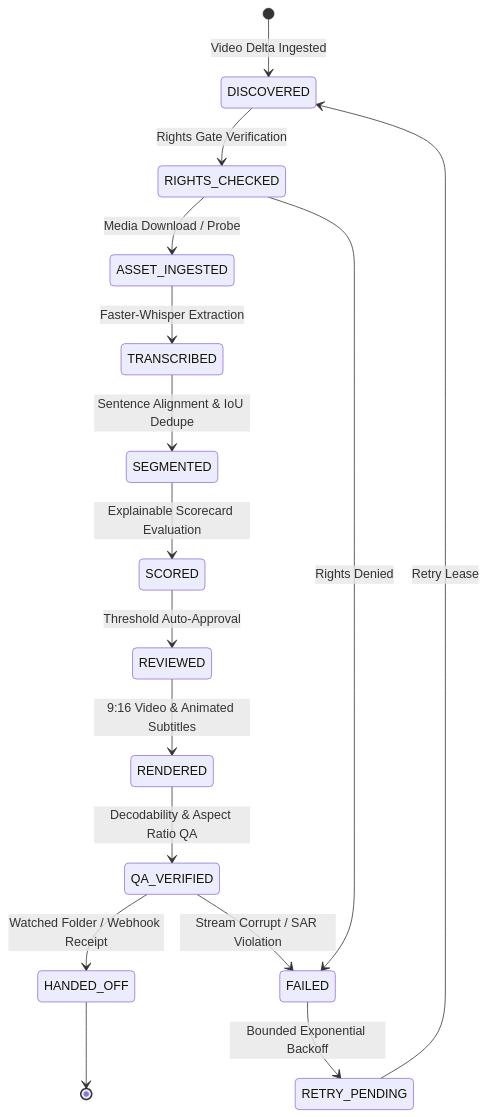
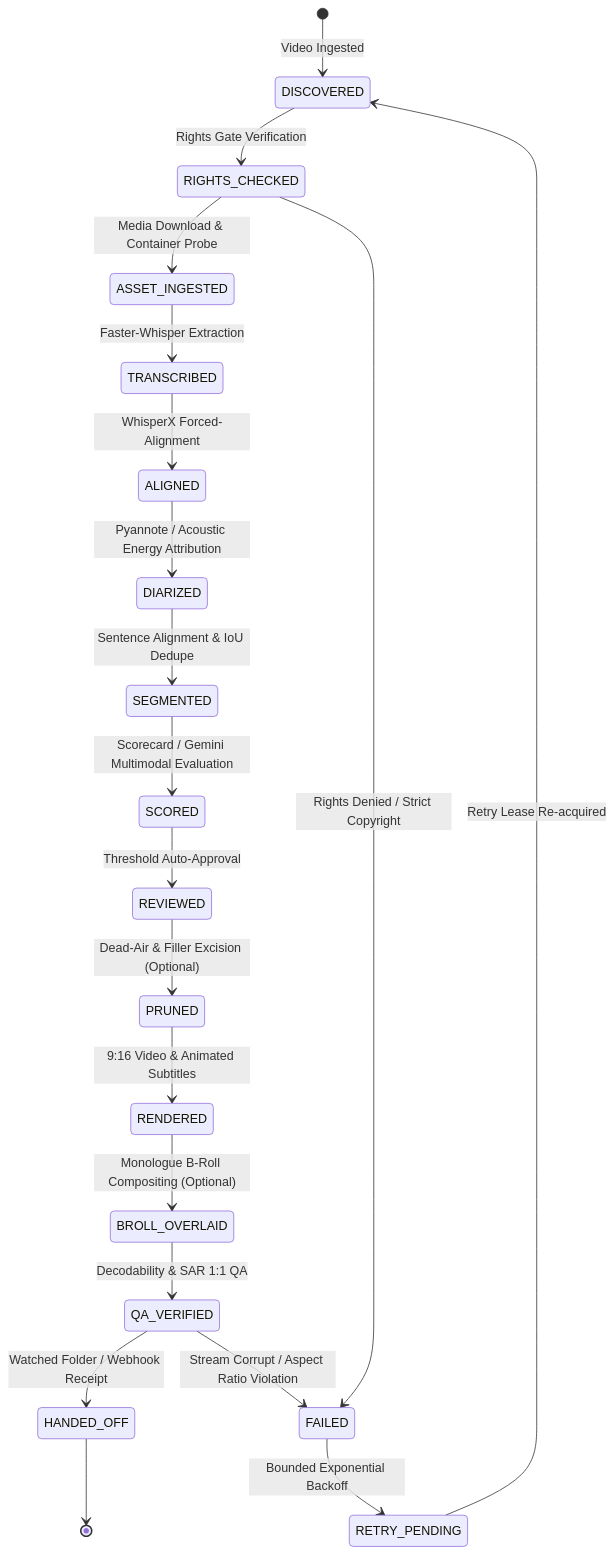
Before and after one commit to harshith2811/yt-clipping-intelligence: the second of 2 diagrams in docs/ARCHITECTURE.md, drawn with Mermaid. The commit also changed other lines of this file and 65 other files, not shown here.

````diff
--- a/docs/ARCHITECTURE.md
+++ b/docs/ARCHITECTURE.md
@@ -54,19 +224,23 @@
 ```mermaid
 stateDiagram-v2
-    [*] --> DISCOVERED: Video Delta Ingested
+    [*] --> DISCOVERED: Video Ingested
     DISCOVERED --> RIGHTS_CHECKED: Rights Gate Verification
-    RIGHTS_CHECKED --> ASSET_INGESTED: Media Download / Probe
+    RIGHTS_CHECKED --> ASSET_INGESTED: Media Download & Container Probe
     ASSET_INGESTED --> TRANSCRIBED: Faster-Whisper Extraction
-    TRANSCRIBED --> SEGMENTED: Sentence Alignment & IoU Dedupe
-    SEGMENTED --> SCORED: Explainable Scorecard Evaluation
+    TRANSCRIBED --> ALIGNED: WhisperX Forced-Alignment
+    ALIGNED --> DIARIZED: Pyannote / Acoustic Energy Attribution
+    DIARIZED --> SEGMENTED: Sentence Alignment & IoU Dedupe
+    SEGMENTED --> SCORED: Scorecard / Gemini Multimodal Evaluation
     SCORED --> REVIEWED: Threshold Auto-Approval
-    REVIEWED --> RENDERED: 9:16 Video & Animated Subtitles
-    RENDERED --> QA_VERIFIED: Decodability & Aspect Ratio QA
+    REVIEWED --> PRUNED: Dead-Air & Filler Excision (Optional)
+    PRUNED --> RENDERED: 9:16 Video & Animated Subtitles
+    RENDERED --> BROLL_OVERLAID: Monologue B-Roll Compositing (Optional)
+    BROLL_OVERLAID --> QA_VERIFIED: Decodability & SAR 1:1 QA
     QA_VERIFIED --> HANDED_OFF: Watched Folder / Webhook Receipt
     HANDED_OFF --> [*]
 
-    RIGHTS_CHECKED --> FAILED: Rights Denied
-    QA_VERIFIED --> FAILED: Stream Corrupt / SAR Violation
+    RIGHTS_CHECKED --> FAILED: Rights Denied / Strict Copyright
+    QA_VERIFIED --> FAILED: Stream Corrupt / Aspect Ratio Violation
     FAILED --> RETRY_PENDING: Bounded Exponential Backoff
-    RETRY_PENDING --> DISCOVERED: Retry Lease
+    RETRY_PENDING --> DISCOVERED: Retry Lease Re-acquired
 ```
````
